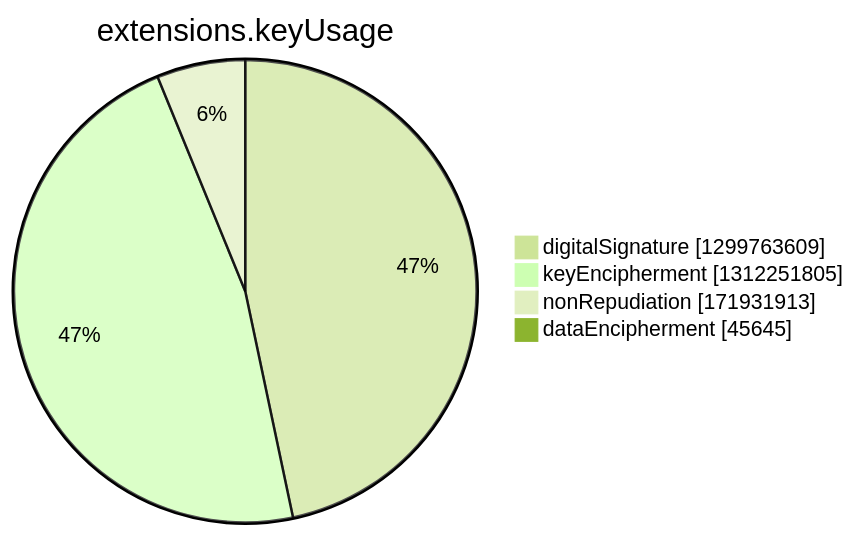
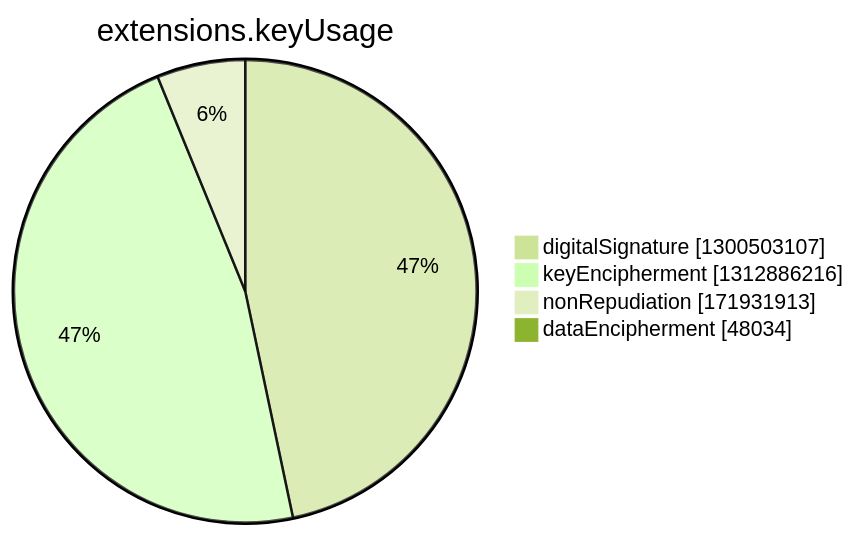
The seventh of 15 diagrams in argon2022/README.md (christiankrug/ctmonitor_visualization), drawn with Mermaid (forest theme) before and after one commit. The commit also changed other lines of this file, not shown here.

````diff
--- a/argon2022/README.md
+++ b/argon2022/README.md
@@ -2749,8 +2749,8 @@
 ```mermaid
 pie showData
 title extensions.keyUsage
-"digitalSignature" :1299763609
-"keyEncipherment" :1312251805
+"digitalSignature" :1300503107
+"keyEncipherment" :1312886216
 "nonRepudiation" :171931913
-"dataEncipherment" :45645
+"dataEncipherment" :48034
 ```
````
